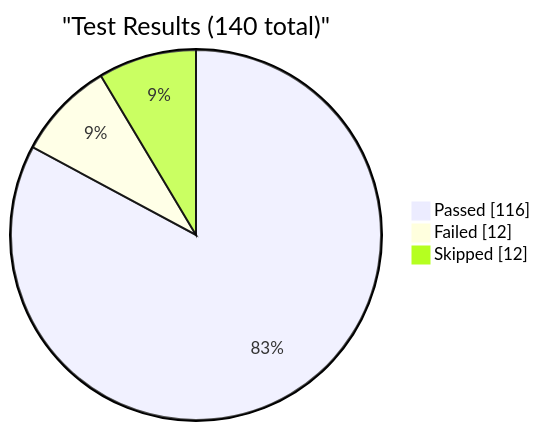
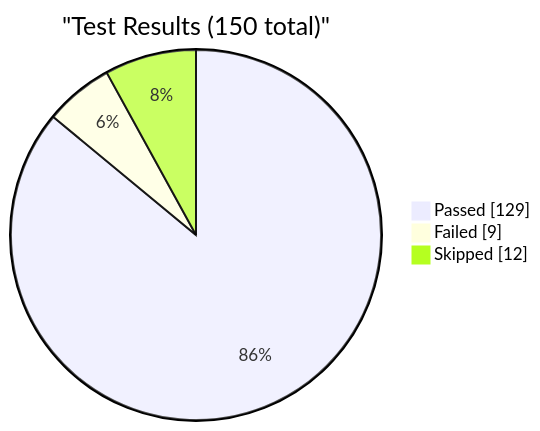
Before and after one commit to EliteaAI/onetest-ai-tm-Elitea: the first of 4 diagrams in reports/dashboard.md, drawn with Mermaid. The commit also changed other lines of this file and 1 other file, not shown here.

Commit message:
dashboard: update test metrics for RUN-ELITEA-2026-08-20-28-DEV-STABLE-ALL-FAILED

````diff
--- a/reports/dashboard.md
+++ b/reports/dashboard.md
@@ -9,7 +9,7 @@
 ```mermaid
 pie showData
-    title "Test Results (140 total)"
-    "Passed" : 116
-    "Failed" : 12
+    title "Test Results (150 total)"
+    "Passed" : 129
+    "Failed" : 9
     "Skipped" : 12
 ```
````
